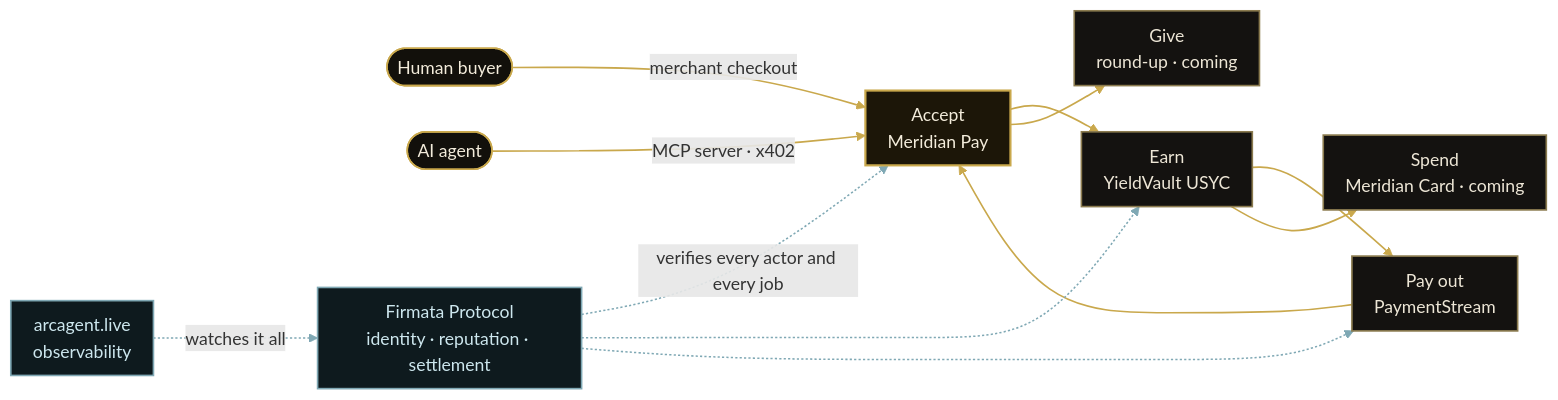
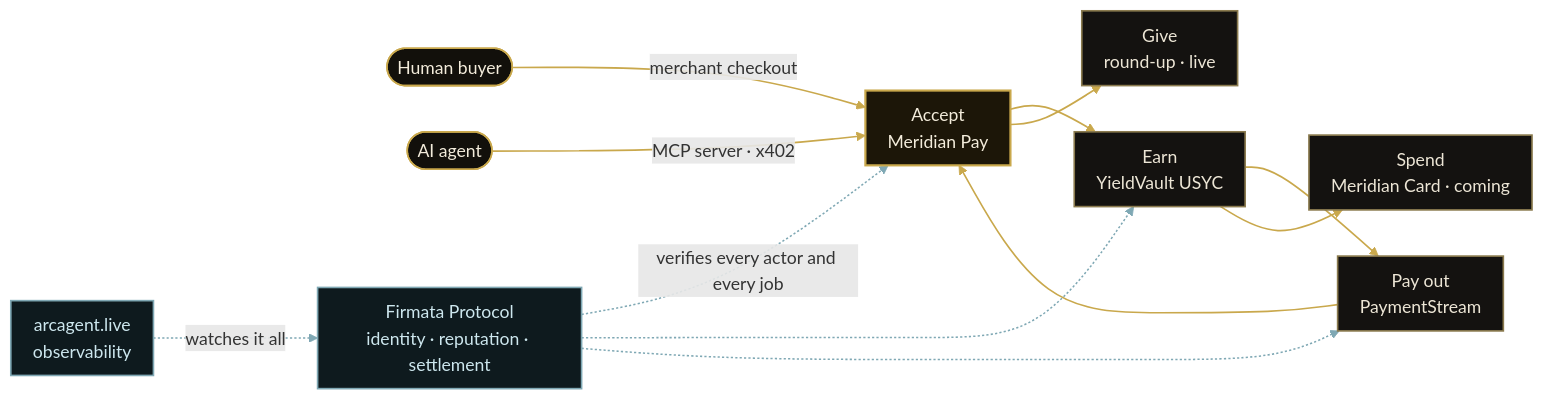
The first of 2 diagrams in README.md (MeridianFinance/meridian-ecosystem), drawn with Mermaid before and after one commit. The commit also changed other lines of this file, not shown here.

First line of the commit message:
docs: index Meridian Give, 4 contracts live on Arc Testnet since April 12

````diff
--- a/README.md
+++ b/README.md
@@ -96,26 +96,26 @@
 ```mermaid
 %%{init: {'flowchart': {'nodeSpacing': 42, 'rankSpacing': 58, 'padding': 10}, 'themeVariables': {'fontSize': '16px'}}}%%
 flowchart LR
     H(["Human buyer"]) -- "merchant checkout" --> A
     AG(["AI agent"]) -- "MCP server · x402" --> A
     A["Accept<br/>Meridian Pay"] --> M["Earn<br/>YieldVault USYC"]
-    A --> G["Give<br/>round-up · coming"]
+    A --> G["Give<br/>round-up · live"]
     M --> P["Pay out<br/>PaymentStream"]
     M --> C["Spend<br/>Meridian Card · coming"]
     P --> A
     T["Firmata Protocol<br/>identity · reputation · settlement"] -. "verifies every actor and every job" .-> A
     T -.-> M
     T -.-> P
     O["arcagent.live<br/>observability"] -. "watches it all" .-> T
 
     classDef hub fill:#1c1608,stroke:#C9A84C,stroke-width:2px,color:#F3ECDB;
     classDef prod fill:#141210,stroke:#8a7a4e,stroke-width:1.5px,color:#EDE6D6;
     classDef actor fill:#12100b,stroke:#C9A84C,stroke-width:1.5px,color:#F3ECDB;
     classDef trust fill:#0e1a1e,stroke:#7FA8B4,stroke-width:1.5px,color:#CDE7EE;
     class A hub;
     class M,G,P,C prod;
     class H,AG actor;
     class T,O trust;
     linkStyle 0,1,2,3,4,5,6 stroke:#C9A84C,stroke-width:1.5px;
     linkStyle 7,8,9,10 stroke:#7FA8B4,stroke-width:1.4px;
 ```
````
